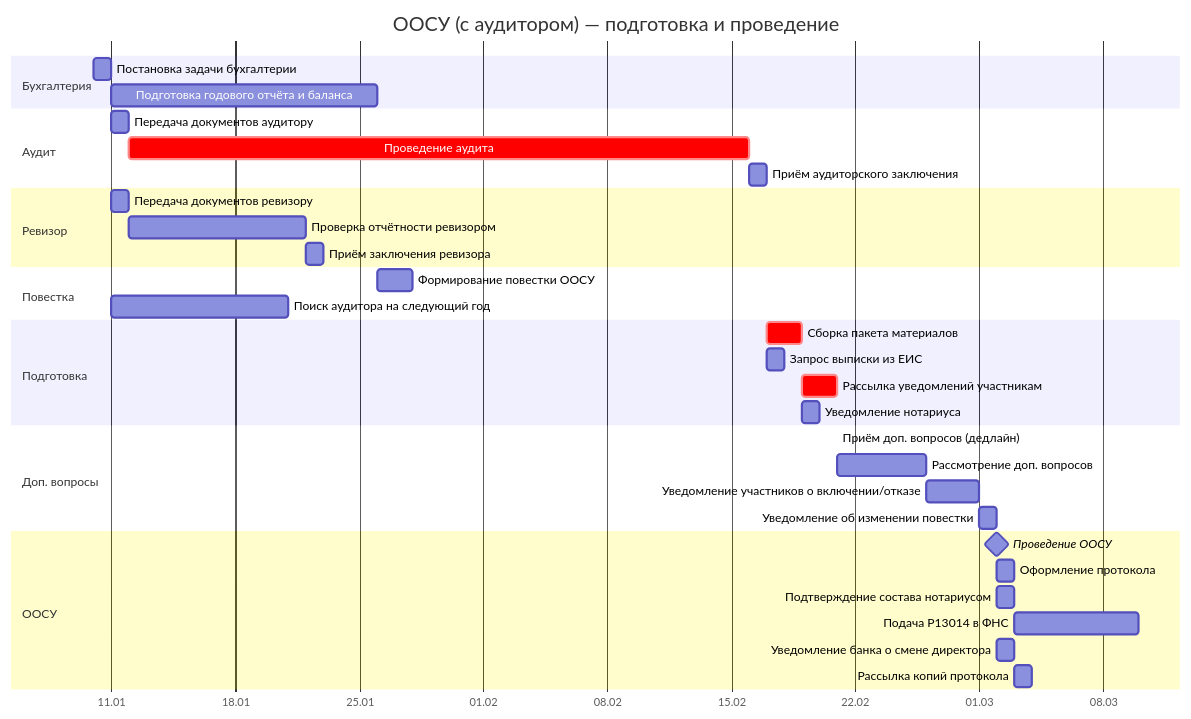
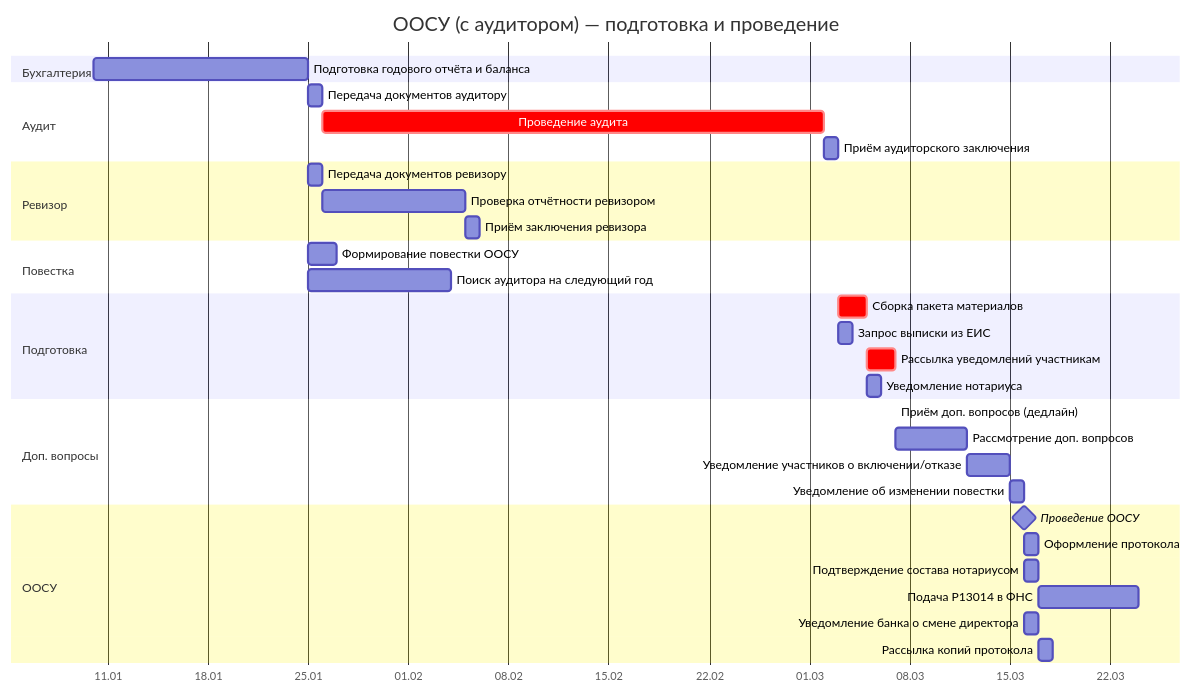
Before and after one commit to arsenyuk/SamorodinkaTech.Fiducia: the diagram in docs/gantt/oosu-gantt-a.md, drawn with Mermaid. The commit also changed other lines of this file and 4 other files, not shown here.

````diff
--- a/docs/gantt/oosu-gantt-a.md
+++ b/docs/gantt/oosu-gantt-a.md
@@ -77,44 +74,43 @@
 ```mermaid
 gantt
     title ООСУ (с аудитором) — подготовка и проведение
     dateFormat  YYYY-MM-DD
     axisFormat  %d.%m
 
     section Бухгалтерия
-    Постановка задачи бухгалтерии           :b1, 2026-01-10, 1d
-    Подготовка годового отчёта и баланса    :b2, after b1, 15d
+    Подготовка годового отчёта и баланса    :b2, 2026-01-10, 15d
 
     section Аудит
-    Передача документов аудитору            :a2, after b1, 1d
+    Передача документов аудитору            :a2, after b2, 1d
     Проведение аудита                       :crit, a3, after a2, 35d
     Приём аудиторского заключения           :a4, after a3, 1d
 
     section Ревизор
-    Передача документов ревизору            :r1, after b1, 1d
+    Передача документов ревизору            :r1, after b2, 1d
     Проверка отчётности ревизором          :r2, after r1, 10d
     Приём заключения ревизора              :r3, after r2, 1d
 
     section Повестка
     Формирование повестки ООСУ             :p1, after b2, 2d
-    Поиск аудитора на следующий год        :p0, after b1, 10d
+    Поиск аудитора на следующий год        :p0, after b2, 10d
 
     section Подготовка
     Сборка пакета материалов                :crit, p2, after r3 a4, 2d
     Запрос выписки из ЕИС                  :n1, after a4, 1d
     Рассылка уведомлений участникам        :crit, p3, after p2, 2d
     Уведомление нотариуса                  :p4, after p2, 1d
 
     section Доп. вопросы
     Приём доп. вопросов (дедлайн)           :d1, after p3, 0d
     Рассмотрение доп. вопросов              :d2, after d1, 5d
     Уведомление участников о включении/отказе :d4, after d2, 3d
     Уведомление об изменении повестки       :d3, after d4, 1d
 
     section ООСУ
     Проведение ООСУ                         :milestone, os1, after d3, 0d
     Оформление протокола                    :os2, after os1, 1d
     Подтверждение состава нотариусом        :n2, after os1, 1d
     Подача Р13014 в ФНС                     :os3, after os2, 7d
     Уведомление банка о смене директора     :os4, after os1, 1d
     Рассылка копий протокола                :os5, after os2 n2, 1d
 ```
````
